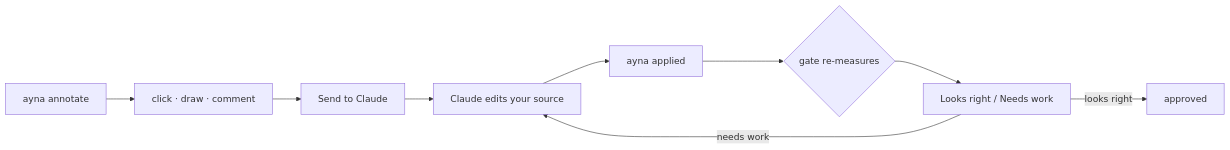
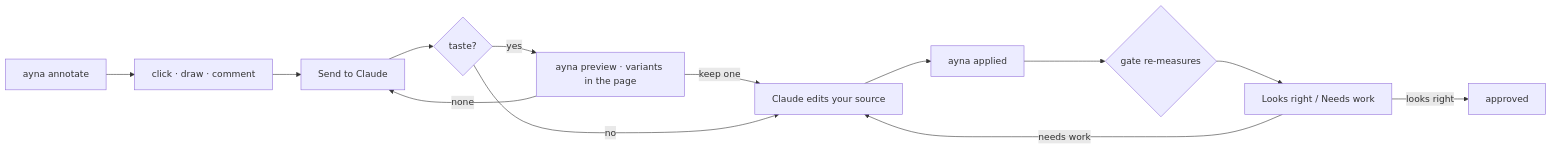
One commit to devShahriar/ayna changed the first of 2 diagrams in README.md. Above: the diagram before and after it, drawn with Mermaid. The commit also changed other lines of this file and 5 other files, not shown here.

````diff
--- a/README.md
+++ b/README.md
@@ -36,11 +36,15 @@
 ```mermaid
 flowchart LR
   A[ayna annotate] --> B[click · draw · comment]
   B --> C[Send to Claude]
-  C --> D[Claude edits your source]
-  D --> E[ayna applied]
+  C --> P{taste?}
+  P -->|yes| V[ayna preview · variants in the page]
+  V -->|keep one| D
+  V -->|none| C
+  P -->|no| D
+  D[Claude edits your source] --> E[ayna applied]
   E --> F{gate re-measures}
   F --> G[Looks right / Needs work]
   G -->|needs work| D
   G -->|looks right| H[approved]
 ```
````
